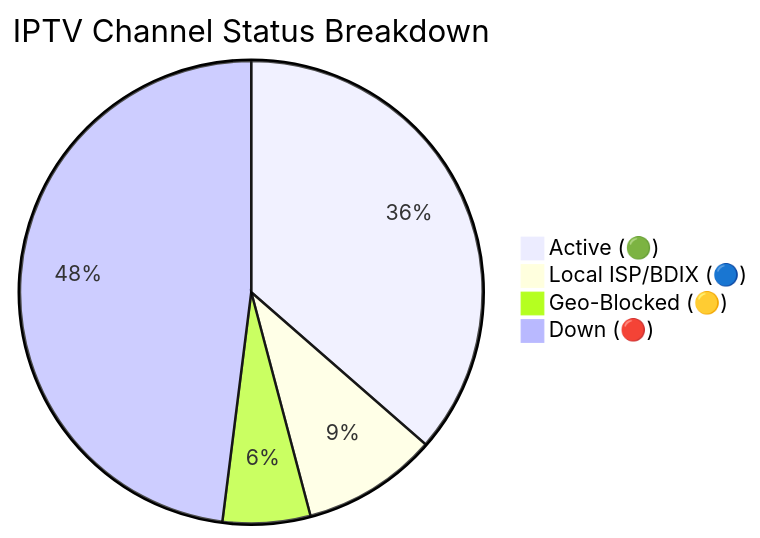
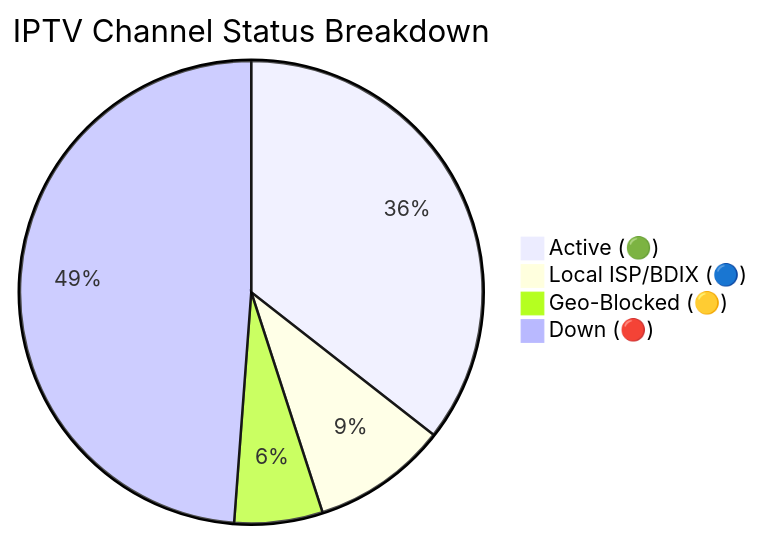
One commit to andreataylord/Ip-tv-Collection changed the diagram in README.md. Above: the diagram before and after it, drawn with Mermaid. The commit also changed other lines of this file and 1 other file, not shown here.

Commit message:
docs(readme): auto-update daily channel status chart

````diff
--- a/README.md
+++ b/README.md
@@ -59,7 +59,7 @@
 ```mermaid
 pie title IPTV Channel Status Breakdown
-    "Active (🟢)" : 2958
+    "Active (🟢)" : 2888
     "Local ISP/BDIX (🔵)" : 768
-    "Geo-Blocked (🟡)" : 497
-    "Down (🔴)" : 3899
+    "Geo-Blocked (🟡)" : 501
+    "Down (🔴)" : 3965
 ```
````
